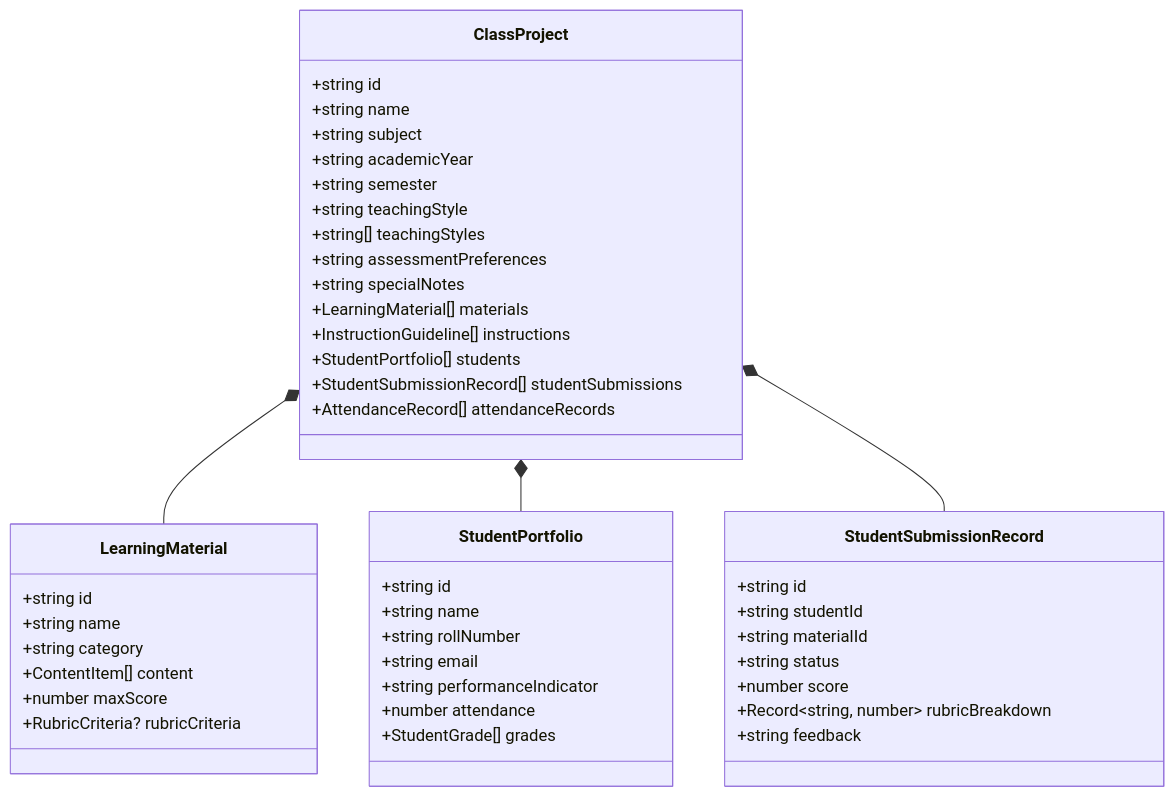
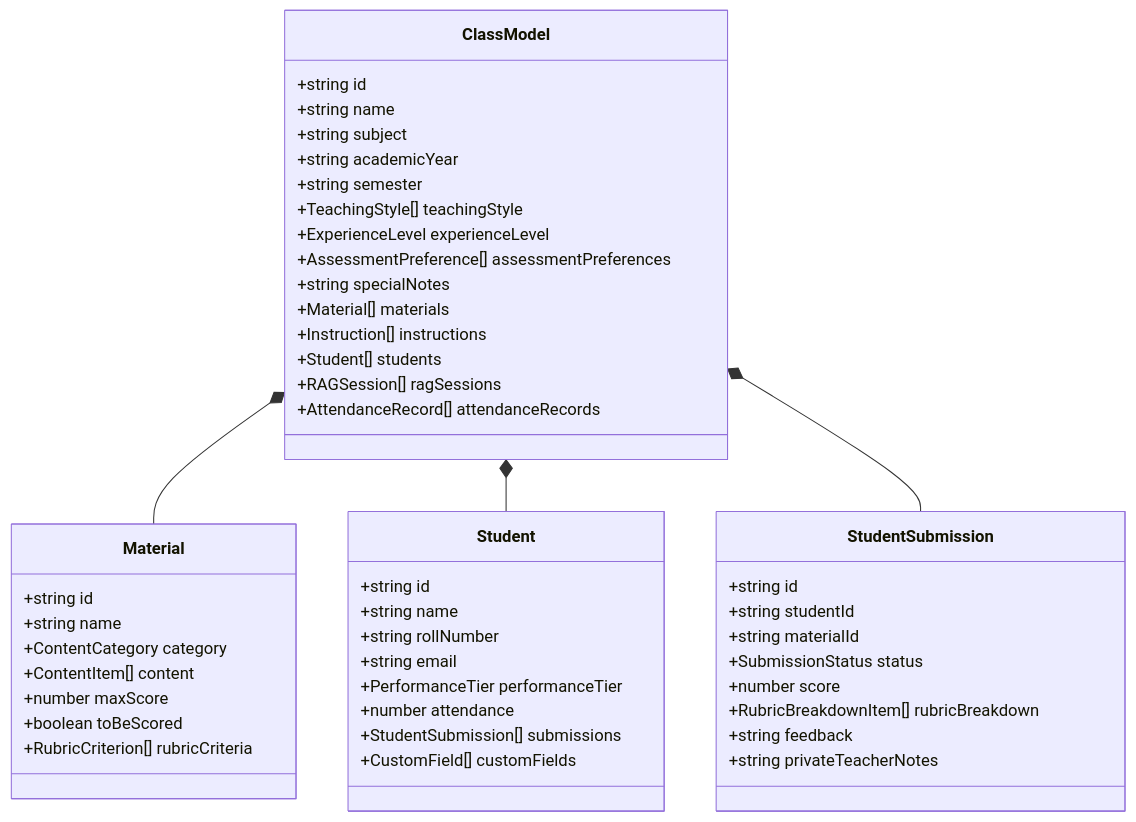
One commit to VictorBravo9er/Teacher-Assistant-Workspace changed the diagram in frontend/src/types/code.ARCH.md. Above: the diagram before and after it, drawn with Mermaid. The commit also changed 21 other files, not shown here.

````diff
--- a/frontend/src/types/code.ARCH.md
+++ b/frontend/src/types/code.ARCH.md
@@ -9,52 +9,55 @@
 ```mermaid
 classDiagram
-    class ClassProject {
+    class ClassModel {
         +string id
         +string name
         +string subject
         +string academicYear
         +string semester
-        +string teachingStyle
-        +string[] teachingStyles
-        +string assessmentPreferences
+        +TeachingStyle[] teachingStyle
+        +ExperienceLevel experienceLevel
+        +AssessmentPreference[] assessmentPreferences
         +string specialNotes
-        +LearningMaterial[] materials
-        +InstructionGuideline[] instructions
-        +StudentPortfolio[] students
-        +StudentSubmissionRecord[] studentSubmissions
+        +Material[] materials
+        +Instruction[] instructions
+        +Student[] students
+        +RAGSession[] ragSessions
         +AttendanceRecord[] attendanceRecords
     }
 
-    class LearningMaterial {
+    class Material {
         +string id
         +string name
-        +string category
+        +ContentCategory category
         +ContentItem[] content
         +number maxScore
-        +RubricCriteria? rubricCriteria
+        +boolean toBeScored
+        +RubricCriterion[] rubricCriteria
     }
 
-    class StudentPortfolio {
+    class Student {
         +string id
         +string name
         +string rollNumber
         +string email
-        +string performanceIndicator
+        +PerformanceTier performanceTier
         +number attendance
-        +StudentGrade[] grades
+        +StudentSubmission[] submissions
+        +CustomField[] customFields
     }
 
-    class StudentSubmissionRecord {
+    class StudentSubmission {
         +string id
         +string studentId
         +string materialId
-        +string status
+        +SubmissionStatus status
         +number score
-        +Record~string, number~ rubricBreakdown
+        +RubricBreakdownItem[] rubricBreakdown
         +string feedback
+        +string privateTeacherNotes
     }
 
-    ClassProject *-- LearningMaterial
-    ClassProject *-- StudentPortfolio
-    ClassProject *-- StudentSubmissionRecord
+    ClassModel *-- Material
+    ClassModel *-- Student
+    ClassModel *-- StudentSubmission
 ```
````
